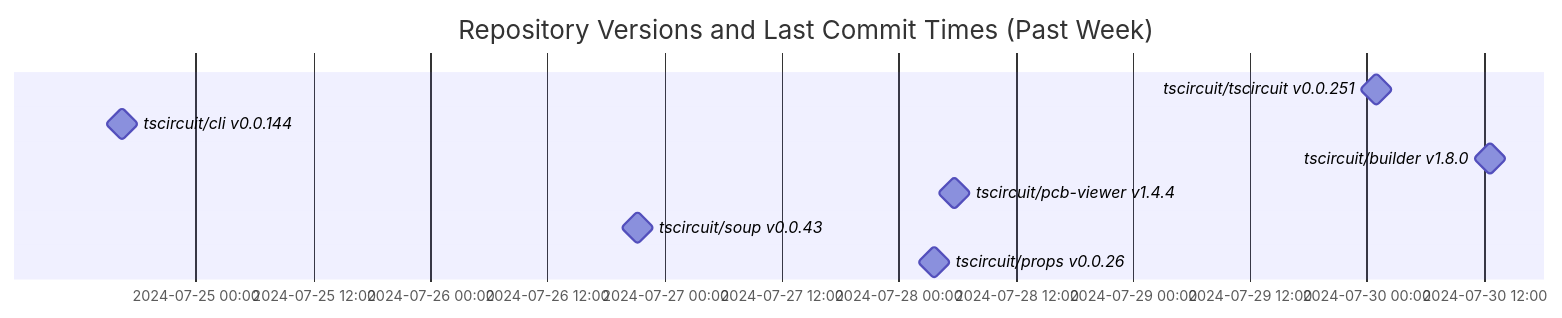
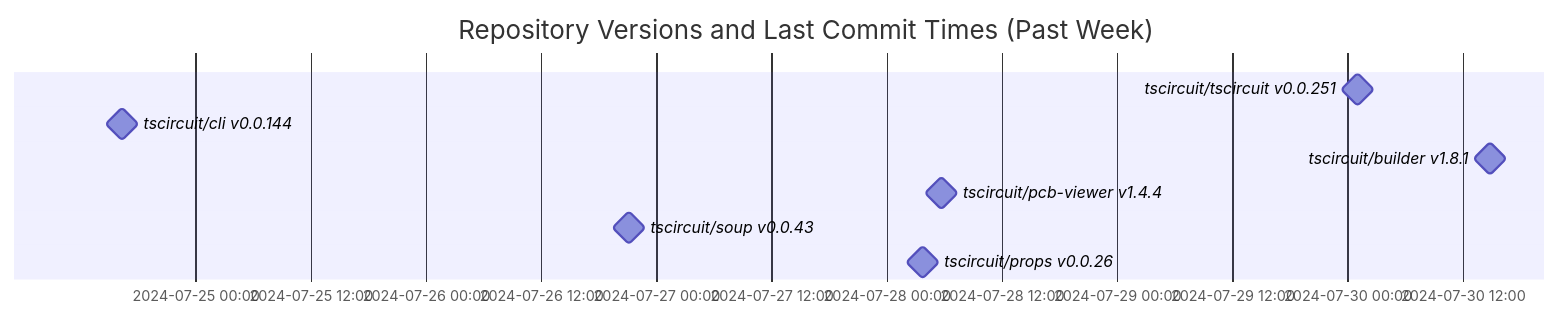
Before and after one commit to tscircuit/version-tracker: the diagram in README.md, drawn with Mermaid.

Commit message:
Update chart

````diff
--- a/README.md
+++ b/README.md
@@ -1,13 +1,13 @@
 ```mermaid
 gantt
   dateFormat  YYYY-MM-DD HH:mm:ss
   title Repository Versions and Last Commit Times (Past Week)
   axisFormat %Y-%m-%d %H:%M
 
   tscircuit/tscircuit v0.0.251 : milestone, 2024-07-30 01:00:56, 1s
   tscircuit/cli v0.0.144 : milestone, 2024-07-24 16:24:13, 1s
-  tscircuit/builder v1.8.0 : milestone, 2024-07-30 12:38:07, 1s
+  tscircuit/builder v1.8.1 : milestone, 2024-07-30 14:51:26, 1s
   tscircuit/pcb-viewer v1.4.4 : milestone, 2024-07-28 05:46:25, 1s
   tscircuit/soup v0.0.43 : milestone, 2024-07-26 21:15:18, 1s
   tscircuit/props v0.0.26 : milestone, 2024-07-28 03:42:14, 1s
 ```
````
